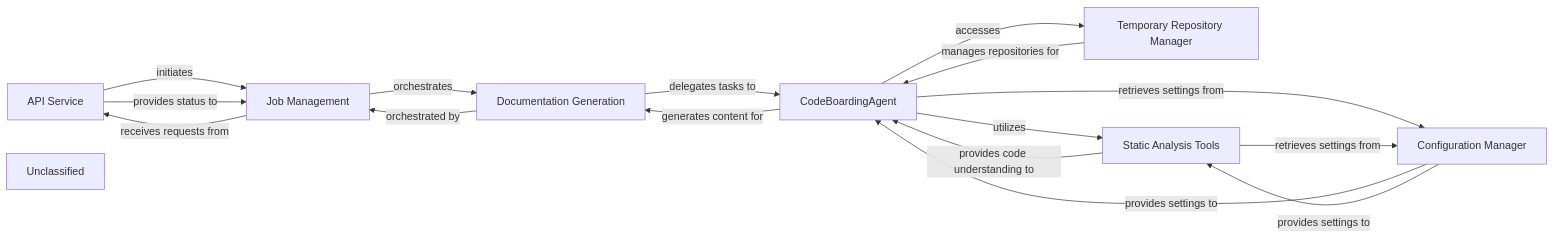
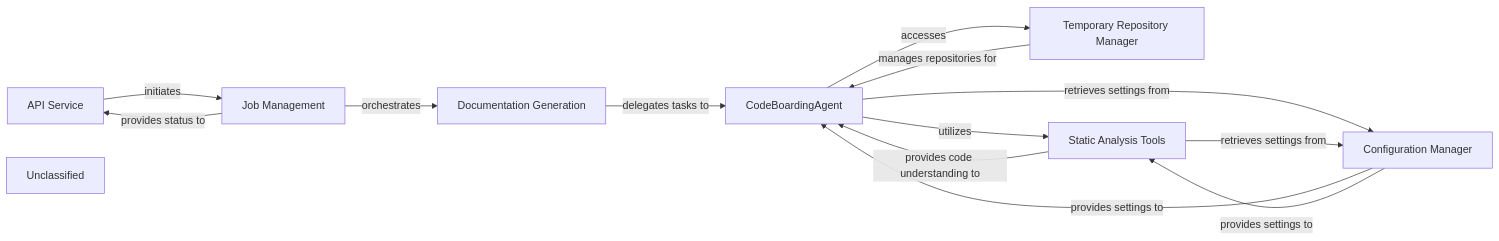
Before and after one commit to CodeBoarding/CodeBoarding: the diagram in .codeboarding/User_Interface_API_Gateway.md, drawn with Mermaid. The commit also changed other lines of this file and 17 other files, not shown here.

First line of the commit message:
docs: update codeboarding documentation and generate architecture

````diff
--- a/.codeboarding/User_Interface_API_Gateway.md
+++ b/.codeboarding/User_Interface_API_Gateway.md
@@ -1,26 +1,23 @@
 ```mermaid
 graph LR
     API_Service["API Service"]
     Job_Management["Job Management"]
     Documentation_Generation["Documentation Generation"]
     CodeBoardingAgent["CodeBoardingAgent"]
     Temporary_Repository_Manager["Temporary Repository Manager"]
     Static_Analysis_Tools["Static Analysis Tools"]
     Configuration_Manager["Configuration Manager"]
     Unclassified["Unclassified"]
     API_Service -- "initiates" --> Job_Management
-    API_Service -- "provides status to" --> Job_Management
     Job_Management -- "orchestrates" --> Documentation_Generation
-    Job_Management -- "receives requests from" --> API_Service
+    Job_Management -- "provides status to" --> API_Service
     Documentation_Generation -- "delegates tasks to" --> CodeBoardingAgent
-    Documentation_Generation -- "orchestrated by" --> Job_Management
     CodeBoardingAgent -- "utilizes" --> Static_Analysis_Tools
     CodeBoardingAgent -- "accesses" --> Temporary_Repository_Manager
     CodeBoardingAgent -- "retrieves settings from" --> Configuration_Manager
-    CodeBoardingAgent -- "generates content for" --> Documentation_Generation
-    Temporary_Repository_Manager -- "manages repositories for" --> CodeBoardingAgent
     Static_Analysis_Tools -- "provides code understanding to" --> CodeBoardingAgent
     Static_Analysis_Tools -- "retrieves settings from" --> Configuration_Manager
+    Temporary_Repository_Manager -- "manages repositories for" --> CodeBoardingAgent
     Configuration_Manager -- "provides settings to" --> CodeBoardingAgent
     Configuration_Manager -- "provides settings to" --> Static_Analysis_Tools
 ```
````
